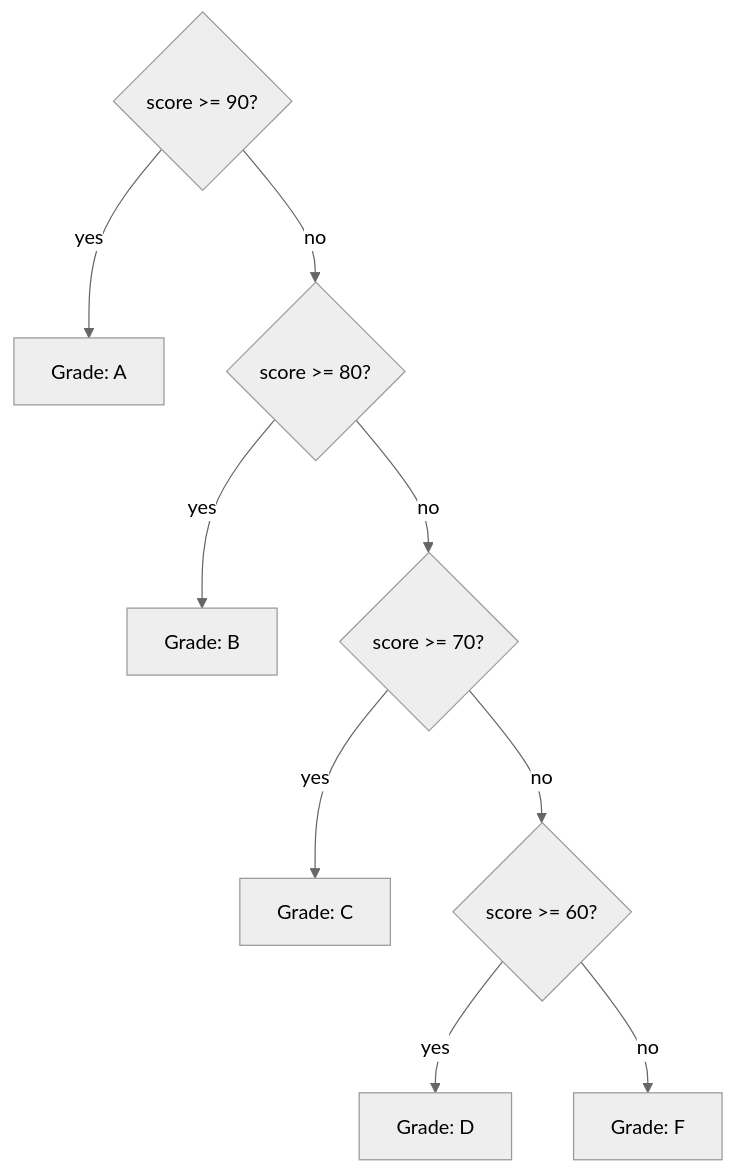
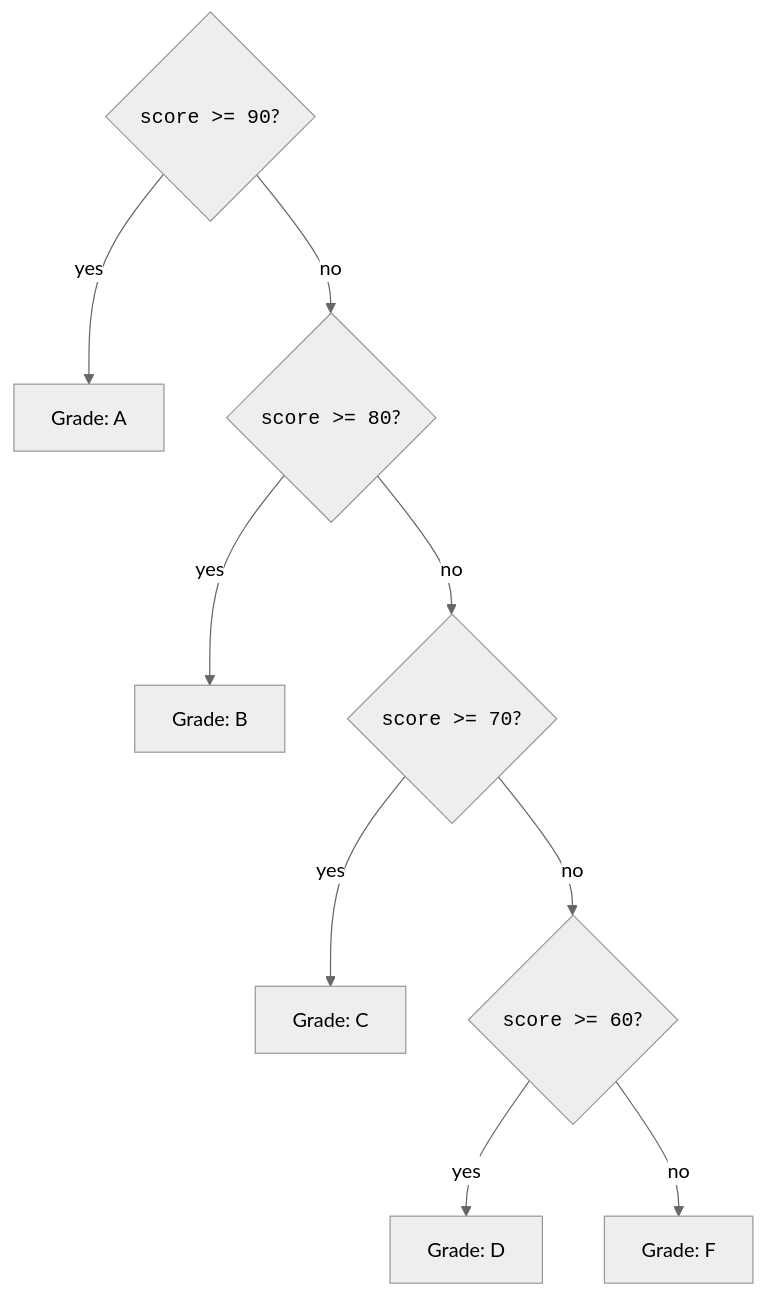
The diagram in content/learn/c-programming-for-beginners/conditionals.mdx (dataslope/dataslope), drawn with Mermaid (neutral theme) before and after one commit. The commit also changed 56 other files, not shown here.

````diff
--- a/content/learn/c-programming-for-beginners/conditionals.mdx
+++ b/content/learn/c-programming-for-beginners/conditionals.mdx
@@ -281,12 +281,12 @@
 ```mermaid
 flowchart TD
-    A{score >= 90?}
+    A{"<code>score &gt;= 90</code>?"}
     A -- yes --> A1[Grade: A]
-    A -- no --> B{score >= 80?}
+    A -- no --> B{"<code>score &gt;= 80</code>?"}
     B -- yes --> B1[Grade: B]
-    B -- no --> C{score >= 70?}
+    B -- no --> C{"<code>score &gt;= 70</code>?"}
     C -- yes --> C1[Grade: C]
-    C -- no --> D{score >= 60?}
+    C -- no --> D{"<code>score &gt;= 60</code>?"}
     D -- yes --> D1[Grade: D]
     D -- no --> E[Grade: F]
 ```
````
